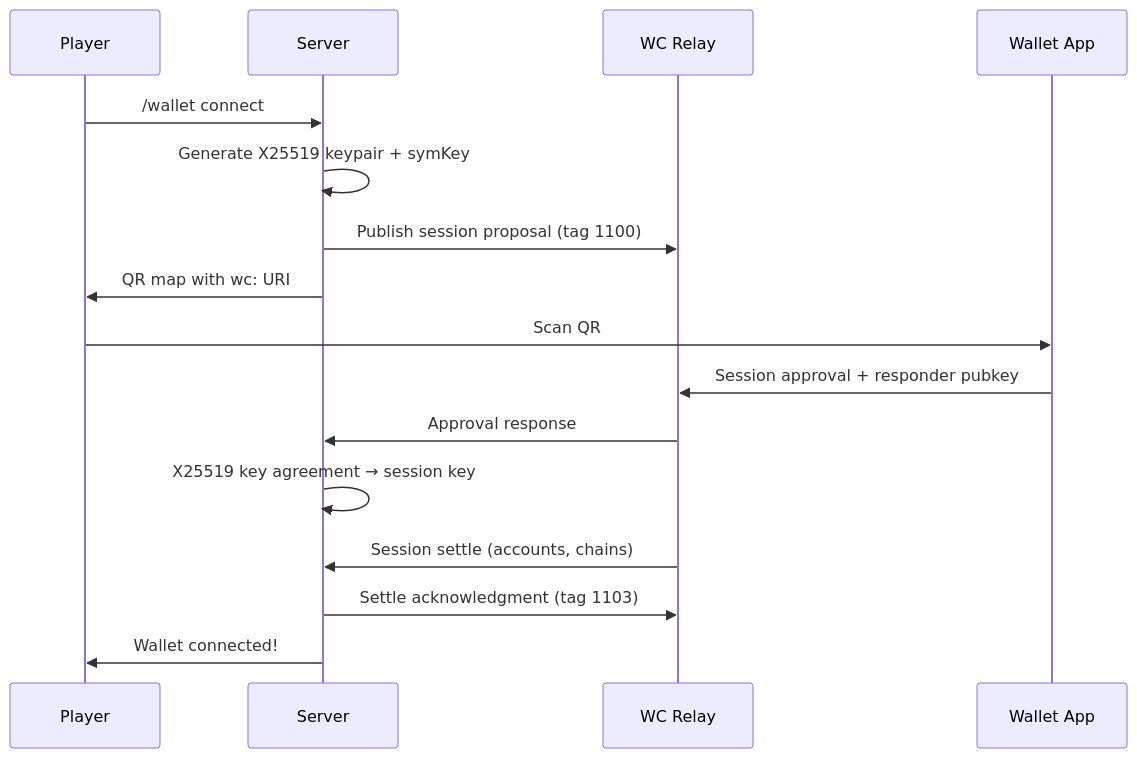
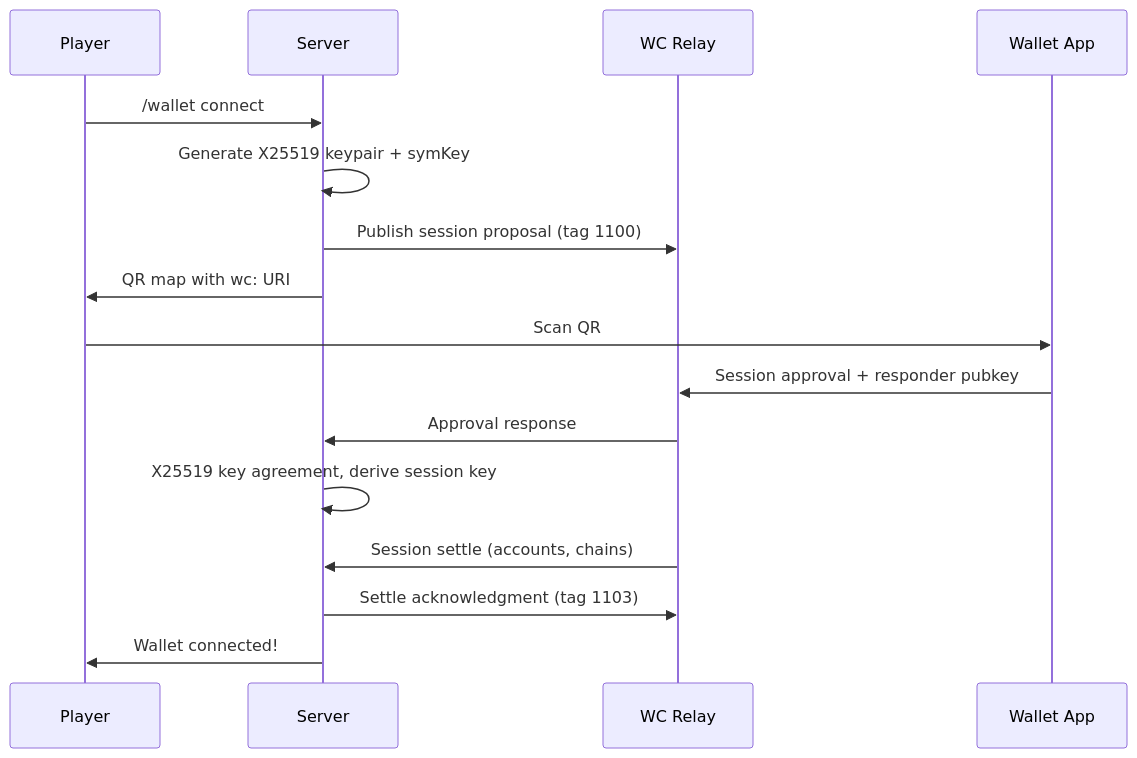
Before and after one commit to killmlana/MineFi: the second of 3 diagrams in README.md, drawn with Mermaid. The commit also changed other lines of this file and 2 other files, not shown here.

Commit message:
docs: README overhaul with SVG logo and mermaid diagrams

````diff
--- a/README.md
+++ b/README.md
@@ -73,19 +98,19 @@
 ```mermaid
 sequenceDiagram
     participant P as Player
     participant S as Server
     participant R as WC Relay
     participant W as Wallet App
 
     P->>S: /wallet connect
     S->>S: Generate X25519 keypair + symKey
     S->>R: Publish session proposal (tag 1100)
     S->>P: QR map with wc: URI
     P->>W: Scan QR
     W->>R: Session approval + responder pubkey
     R->>S: Approval response
-    S->>S: X25519 key agreement → session key
+    S->>S: X25519 key agreement, derive session key
     R->>S: Session settle (accounts, chains)
     S->>R: Settle acknowledgment (tag 1103)
     S->>P: Wallet connected!
 ```
````
